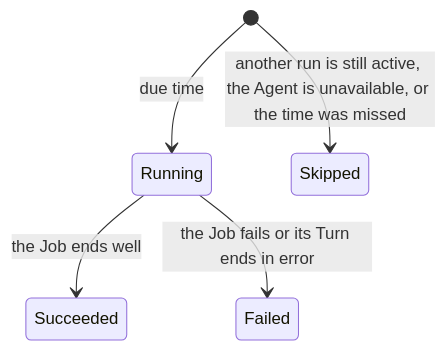
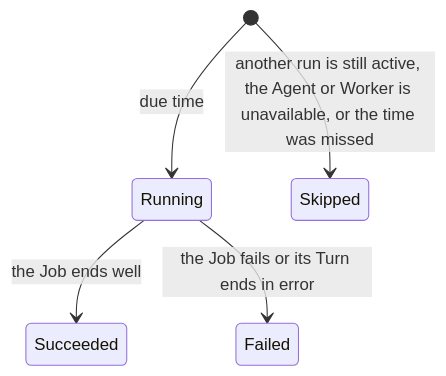
Before and after one commit to mceck/claude-task: the diagram in docs/manual/schedules.md, drawn with Mermaid. The commit also changed other lines of this file and 30 other files, not shown here.

````diff
--- a/docs/manual/schedules.md
+++ b/docs/manual/schedules.md
@@ -16,7 +16,7 @@
 ```mermaid
 stateDiagram-v2
     [*] --> Running: due time
     Running --> Succeeded: the Job ends well
     Running --> Failed: the Job fails or its Turn ends in error
-    [*] --> Skipped: another run is still active, the Agent is unavailable, or the time was missed
+    [*] --> Skipped: another run is still active, the Agent or Worker is unavailable, or the time was missed
 ```
````
